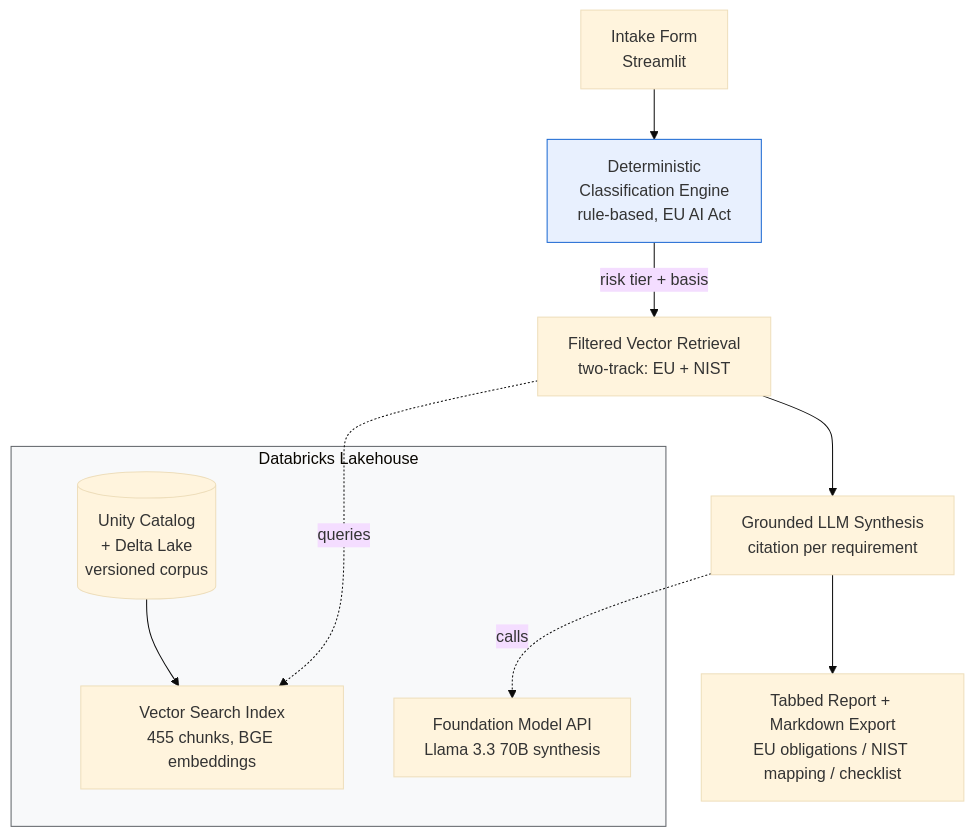
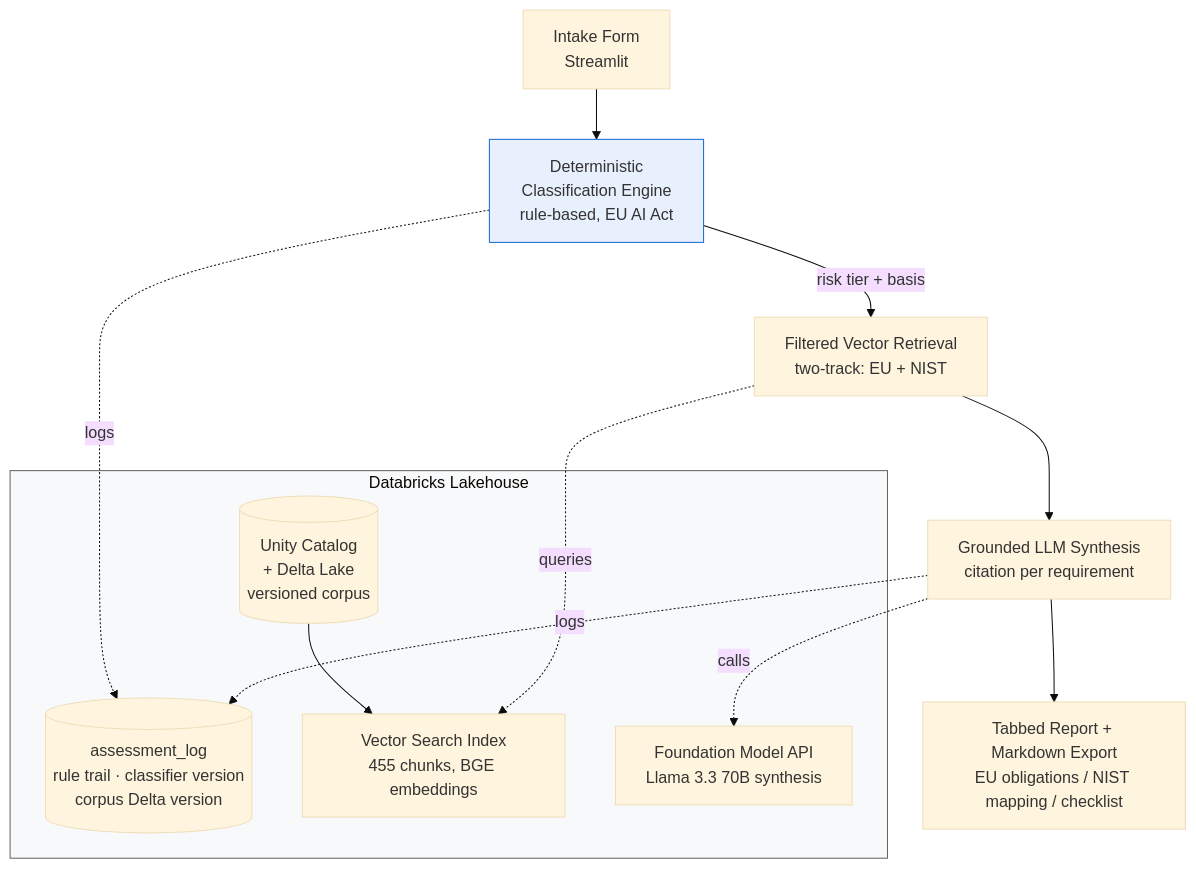
One commit to singhgolf89-ai/ai-compliance-navigator changed the diagram in README.md. Above: the diagram before and after it, drawn with Mermaid (base theme). The commit also changed other lines of this file, not shown here.

Commit message:
docs: README v2 audit-spine section (diagram node, section, stack row, sql_http_path)

````diff
--- a/README.md
+++ b/README.md
@@ -26,20 +26,23 @@
 ```mermaid
 flowchart TD
     A[Intake Form<br/>Streamlit] --> B[Deterministic<br/>Classification Engine<br/>rule-based, EU AI Act]
     B -->|risk tier + basis| C[Filtered Vector Retrieval<br/>two-track: EU + NIST]
     C --> D[Grounded LLM Synthesis<br/>citation per requirement]
     D --> E[Tabbed Report + Markdown Export<br/>EU obligations / NIST mapping / checklist]
+    B -.logs.-> L
+    D -.logs.-> L
 
     subgraph DBX[Databricks Lakehouse]
         F[(Unity Catalog<br/>+ Delta Lake<br/>versioned corpus)]
         G[Vector Search Index<br/>455 chunks, BGE embeddings]
         H[Foundation Model API<br/>Llama 3.3 70B synthesis]
+        L[(assessment_log<br/>rule trail · classifier version<br/>corpus Delta version)]
     end
 
     F --> G
     C -.queries.-> G
     D -.calls.-> H
 
     style B fill:#e8f0fe,stroke:#1967d2
     style DBX fill:#f8f9fa,stroke:#5f6368
 ```
````
